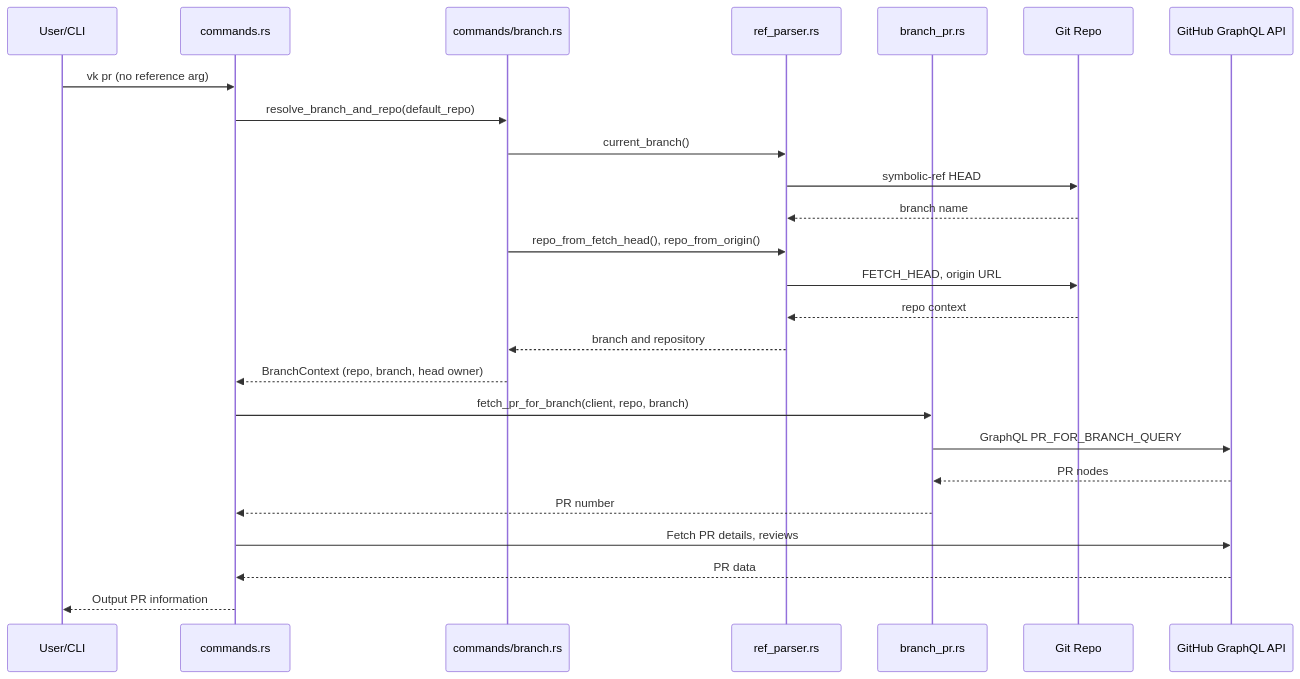
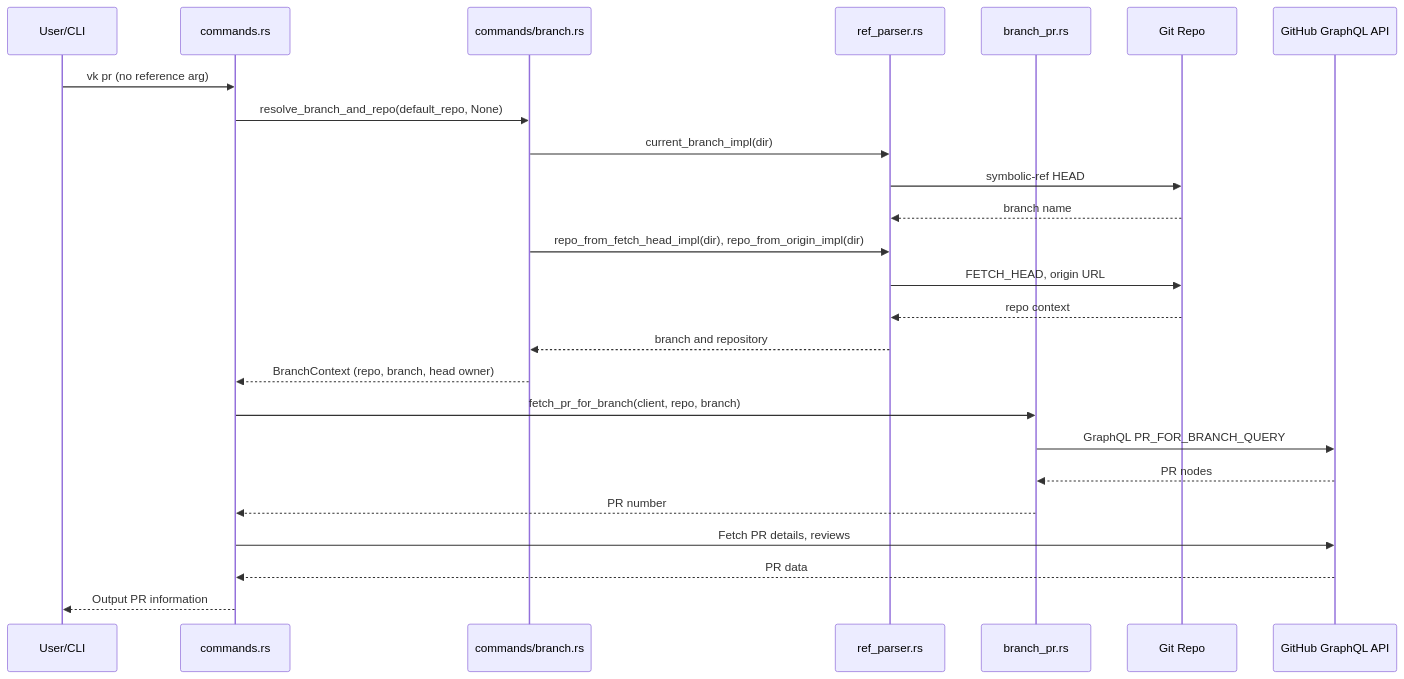
The fifth of 5 diagrams in docs/vk-design.md (leynos/vk), drawn with Mermaid before and after one commit. The commit also changed other lines of this file and 10 other files, not shown here.

````diff
--- a/docs/vk-design.md
+++ b/docs/vk-design.md
@@ -345,28 +345,28 @@
 ```mermaid
 sequenceDiagram
     participant User as User/CLI
     participant Cmd as commands.rs
     participant Branch as commands/branch.rs
     participant RefParse as ref_parser.rs
     participant BranchPR as branch_pr.rs
     participant Git as Git Repo
     participant API as GitHub GraphQL API
 
     User->>Cmd: vk pr (no reference arg)
-    Cmd->>Branch: resolve_branch_and_repo(default_repo)
-    Branch->>RefParse: current_branch()
+    Cmd->>Branch: resolve_branch_and_repo(default_repo, None)
+    Branch->>RefParse: current_branch_impl(dir)
     RefParse->>Git: symbolic-ref HEAD
     Git-->>RefParse: branch name
-    Branch->>RefParse: repo_from_fetch_head(), repo_from_origin()
+    Branch->>RefParse: repo_from_fetch_head_impl(dir), repo_from_origin_impl(dir)
     RefParse->>Git: FETCH_HEAD, origin URL
     Git-->>RefParse: repo context
     RefParse-->>Branch: branch and repository
     Branch-->>Cmd: BranchContext (repo, branch, head owner)
     Cmd->>BranchPR: fetch_pr_for_branch(client, repo, branch)
     BranchPR->>API: GraphQL PR_FOR_BRANCH_QUERY
     API-->>BranchPR: PR nodes
     BranchPR-->>Cmd: PR number
     Cmd->>API: Fetch PR details, reviews
     API-->>Cmd: PR data
     Cmd-->>User: Output PR information
 ```
````
